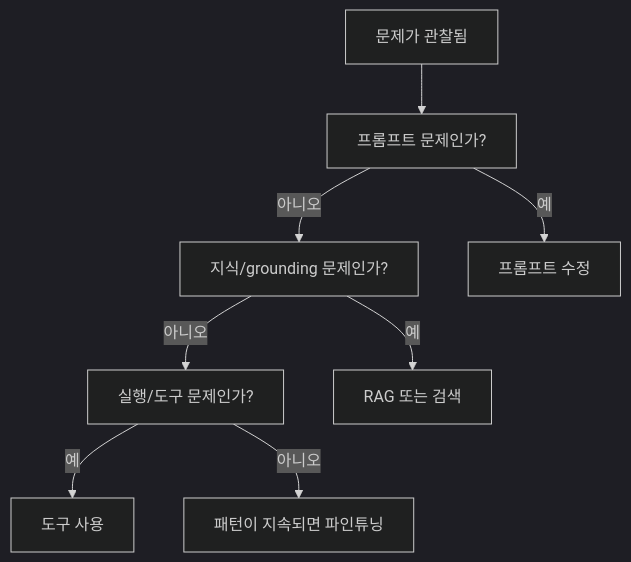
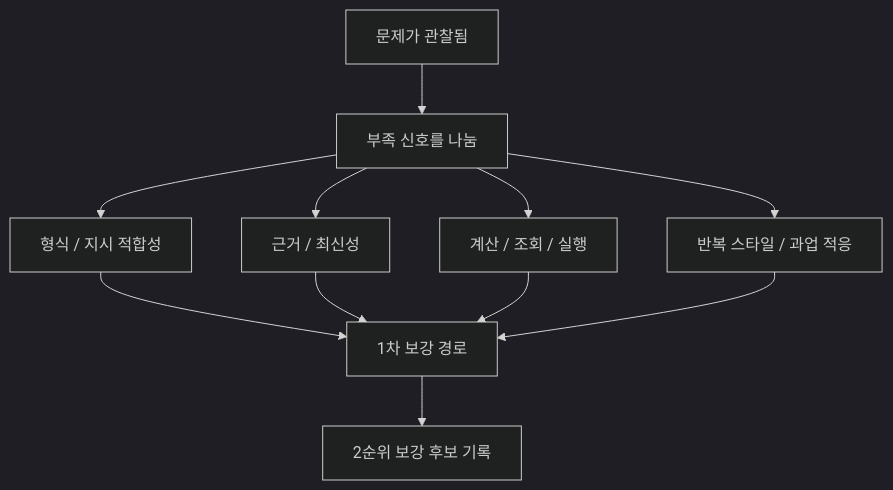
The diagram in docs/assets/part-06/chapter-09/p6-c09-s03-solution-map-ko.mmd (devchan64/AiBook), drawn with Mermaid (dark theme) before and after one commit. The commit also changed 9 other files, not shown here.

```diff
--- a/docs/assets/part-06/chapter-09/p6-c09-s03-solution-map-ko.mmd
+++ b/docs/assets/part-06/chapter-09/p6-c09-s03-solution-map-ko.mmd
@@ -1,17 +1,20 @@
 flowchart TD
   A["문제가 관찰됨"]
-  B["프롬프트 문제인가?"]
-  C["지식/grounding 문제인가?"]
-  D["실행/도구 문제인가?"]
-  E["프롬프트 수정"]
-  F["RAG 또는 검색"]
-  G["도구 사용"]
-  H["패턴이 지속되면 파인튜닝"]
+  B["부족 신호를 나눔"]
+  C["형식 / 지시 적합성"]
+  D["근거 / 최신성"]
+  E["계산 / 조회 / 실행"]
+  F["반복 스타일 / 과업 적응"]
+  G["1차 보강 경로"]
+  H["2순위 보강 후보 기록"]
 
   A --> B
-  B -->|예| E
-  B -->|아니오| C
-  C -->|예| F
-  C -->|아니오| D
-  D -->|예| G
-  D -->|아니오| H
+  B --> C
+  B --> D
+  B --> E
+  B --> F
+  C --> G
+  D --> G
+  E --> G
+  F --> G
+  G --> H
```
